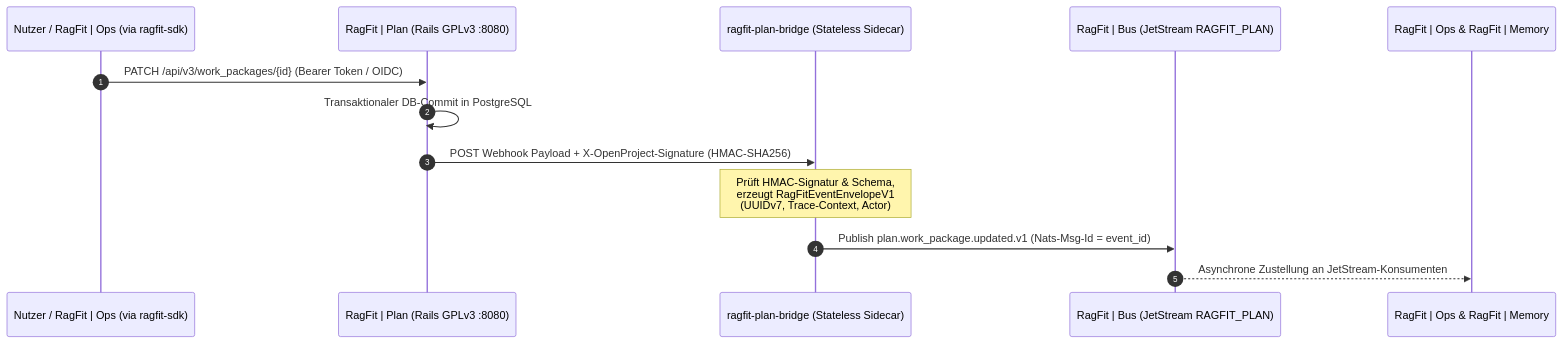
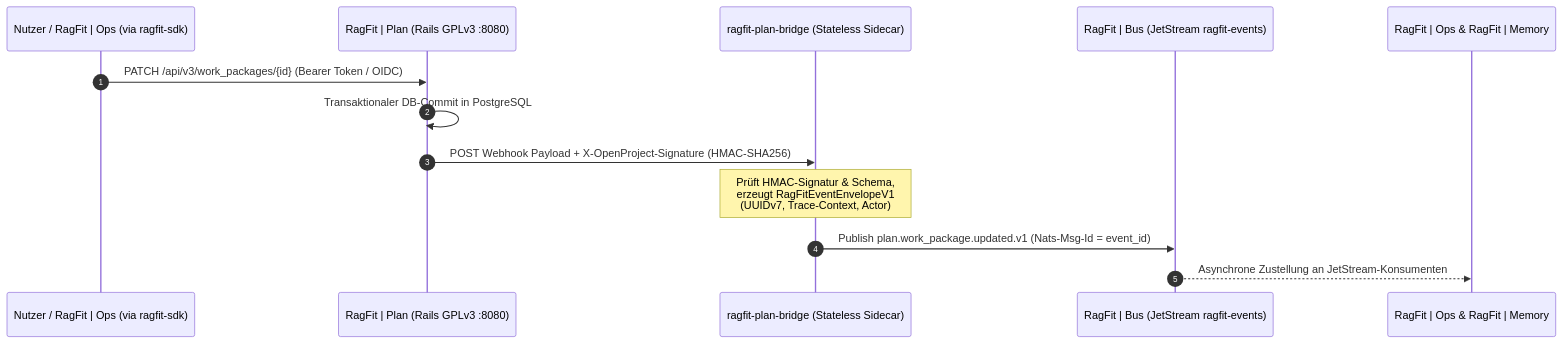
Before and after one commit to ErynoaGroup/openproject: the second of 2 diagrams in docs/ARCHITECTURE.md, drawn with Mermaid. The commit also changed other lines of this file and 2866 other files, not shown here.

````diff
--- a/docs/ARCHITECTURE.md
+++ b/docs/ARCHITECTURE.md
@@ -92,16 +92,16 @@
 ```mermaid
 sequenceDiagram
   autonumber
   participant UserOrOps as Nutzer / RagFit | Ops (via ragfit-sdk)
   participant Plan as RagFit | Plan (Rails GPLv3 :8080)
   participant Bridge as ragfit-plan-bridge (Stateless Sidecar)
-  participant Bus as RagFit | Bus (JetStream RAGFIT_PLAN)
+  participant Bus as RagFit | Bus (JetStream ragfit-events)
   participant Consumers as RagFit | Ops & RagFit | Memory
 
   UserOrOps->>Plan: PATCH /api/v3/work_packages/{id} (Bearer Token / OIDC)
   Plan->>Plan: Transaktionaler DB-Commit in PostgreSQL
   Plan->>Bridge: POST Webhook Payload + X-OpenProject-Signature (HMAC-SHA256)
   Note over Bridge: Prüft HMAC-Signatur & Schema,<br/>erzeugt RagFitEventEnvelopeV1<br/>(UUIDv7, Trace-Context, Actor)
   Bridge->>Bus: Publish plan.work_package.updated.v1 (Nats-Msg-Id = event_id)
   Bus-->>Consumers: Asynchrone Zustellung an JetStream-Konsumenten
 ```
````
